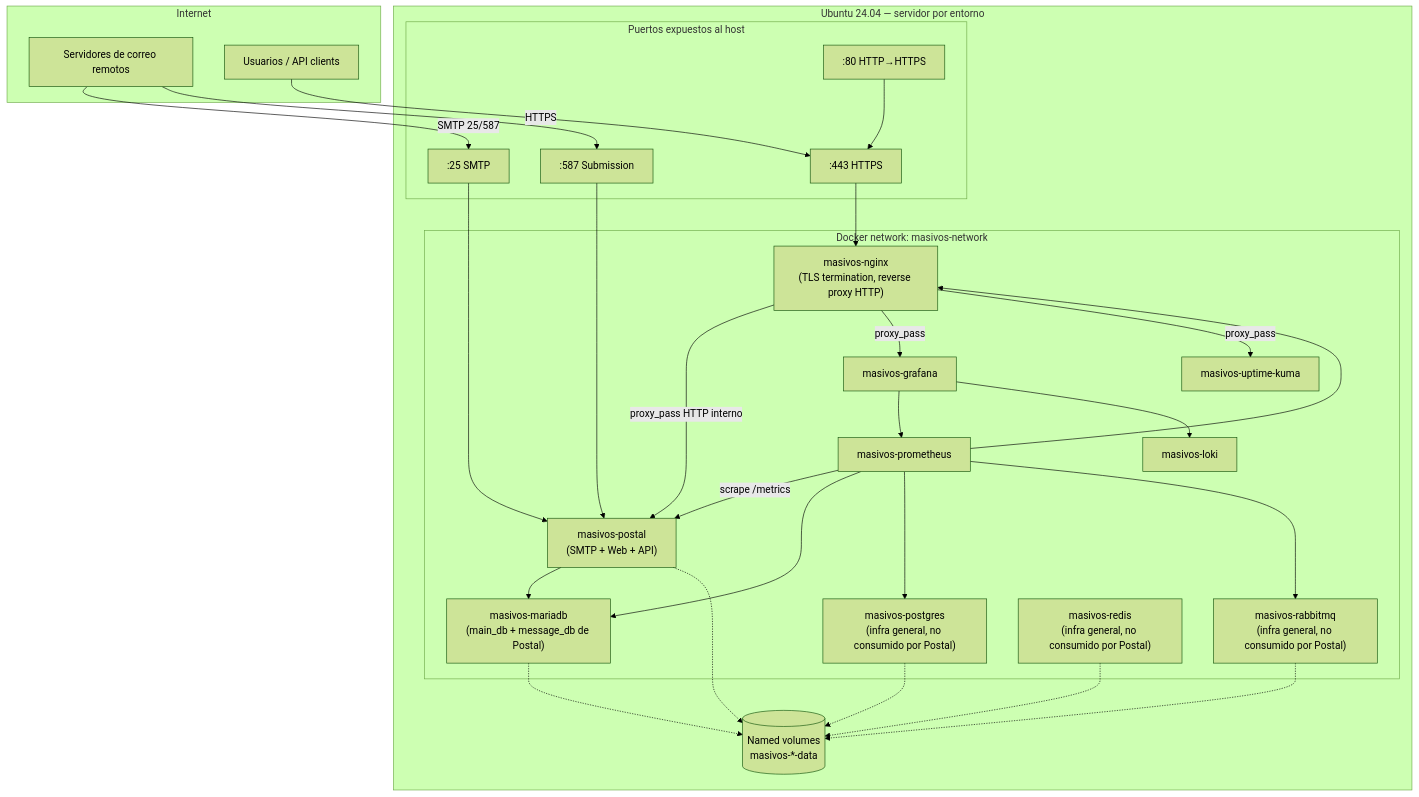
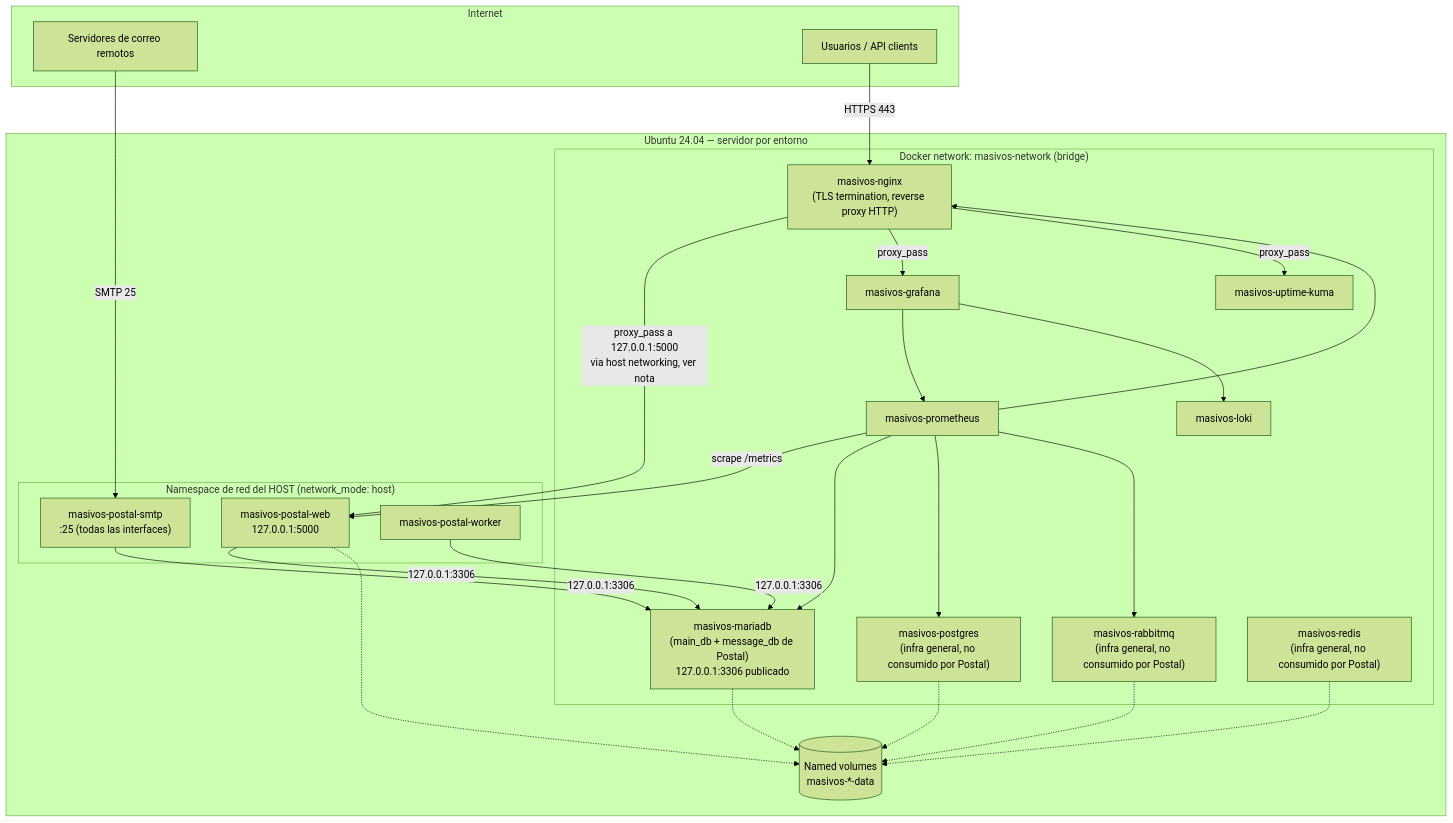
One commit to crearimagen/masivos-infra changed the diagram in docs/architecture.md. Above: the diagram before and after it, drawn with Mermaid (forest theme). The commit also changed other lines of this file and 17 other files, not shown here.

First line of the commit message:
feat(postal): implement Postal service with network_mode: host per official template

````diff
--- a/docs/architecture.md
+++ b/docs/architecture.md
@@ -13,59 +13,54 @@
 ```mermaid
 flowchart TB
     subgraph Internet
         MTA[Servidores de correo remotos]
         Browser[Usuarios / API clients]
     end
 
     subgraph Host["Ubuntu 24.04 — servidor por entorno"]
-        subgraph Edge["Puertos expuestos al host"]
-            P25[":25 SMTP"]
-            P587[":587 Submission"]
-            P443[":443 HTTPS"]
-            P80[":80 HTTP→HTTPS"]
+        subgraph HostNet["Namespace de red del HOST (network_mode: host)"]
+            PostalWeb["masivos-postal-web\n127.0.0.1:5000"]
+            PostalSMTP["masivos-postal-smtp\n:25 (todas las interfaces)"]
+            PostalWorker["masivos-postal-worker"]
         end
 
-        subgraph net["Docker network: masivos-network"]
-            Postal["masivos-postal\n(SMTP + Web + API)"]
+        subgraph net["Docker network: masivos-network (bridge)"]
             Nginx["masivos-nginx\n(TLS termination, reverse proxy HTTP)"]
-            MariaDB["masivos-mariadb\n(main_db + message_db de Postal)"]
+            MariaDB["masivos-mariadb\n(main_db + message_db de Postal)\n127.0.0.1:3306 publicado"]
             PG["masivos-postgres\n(infra general, no consumido por Postal)"]
             RMQ["masivos-rabbitmq\n(infra general, no consumido por Postal)"]
             Redis["masivos-redis\n(infra general, no consumido por Postal)"]
             Prom["masivos-prometheus"]
             Graf["masivos-grafana"]
             Loki["masivos-loki"]
             Kuma["masivos-uptime-kuma"]
         end
 
         Vols[(Named volumes\nmasivos-*-data)]
     end
 
-    MTA -->|SMTP 25/587| P25
-    MTA --> P587
-    P25 --> Postal
-    P587 --> Postal
+    MTA -->|SMTP 25| PostalSMTP
 
-    Browser -->|HTTPS| P443
-    P80 --> P443
-    P443 --> Nginx
-    Nginx -->|proxy_pass HTTP interno| Postal
+    Browser -->|HTTPS 443| Nginx
+    Nginx -->|proxy_pass a 127.0.0.1:5000\nvia host networking, ver nota| PostalWeb
     Nginx -->|proxy_pass| Graf
     Nginx -->|proxy_pass| Kuma
 
-    Postal --> MariaDB
+    PostalWeb -->|127.0.0.1:3306| MariaDB
+    PostalSMTP -->|127.0.0.1:3306| MariaDB
+    PostalWorker -->|127.0.0.1:3306| MariaDB
 
-    Prom -->|scrape /metrics| Postal
+    Prom -->|scrape /metrics| PostalWeb
     Prom --> MariaDB
     Prom --> PG
     Prom --> RMQ
     Prom --> Nginx
     Graf --> Prom
     Graf --> Loki
 
     MariaDB -.-> Vols
     PG -.-> Vols
     RMQ -.-> Vols
     Redis -.-> Vols
-    Postal -.-> Vols
+    PostalWeb -.-> Vols
 ```
````
